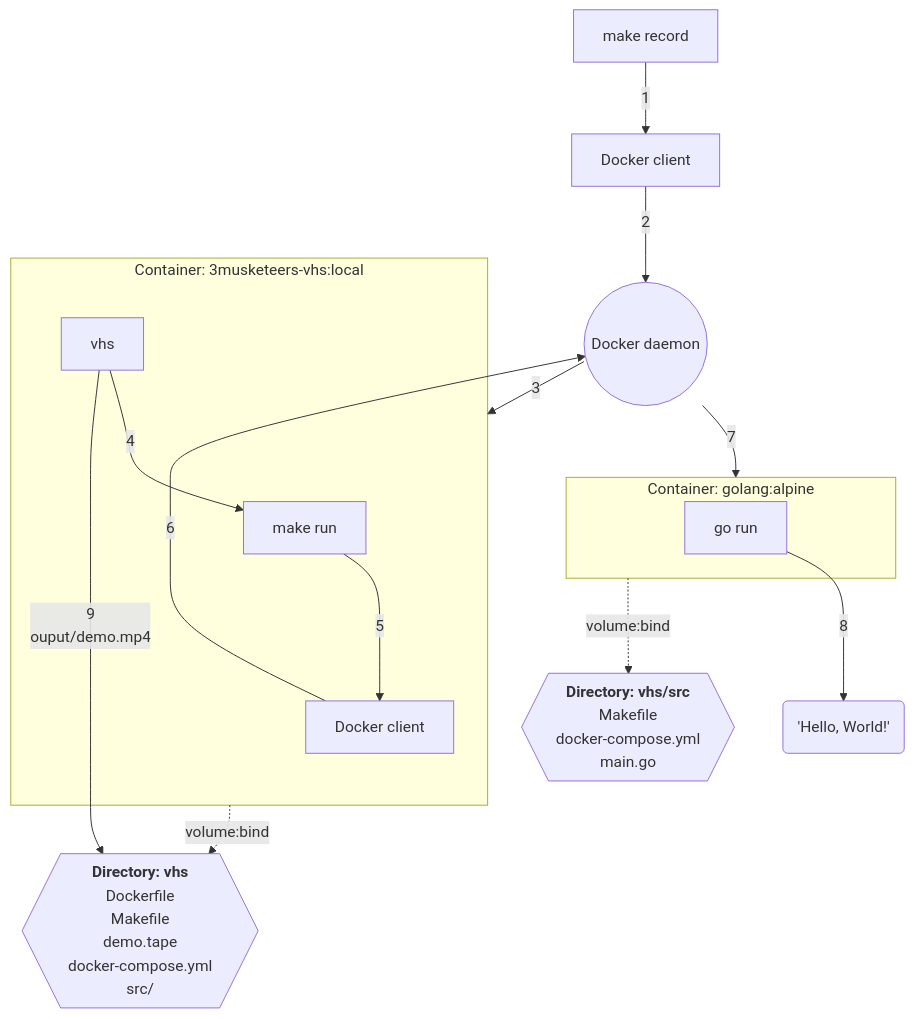
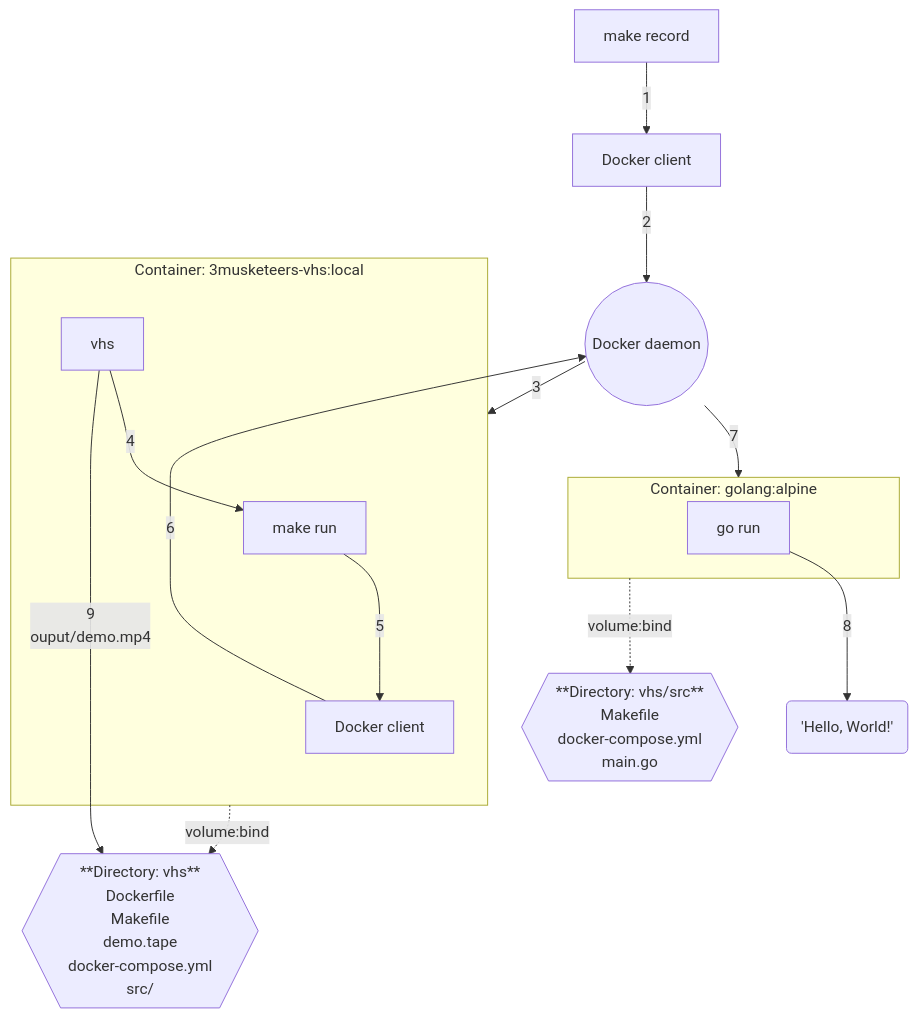
Before and after one commit to flemay/3musketeers: the diagram in vhs/README.md, drawn with Mermaid.

````diff
--- a/vhs/README.md
+++ b/vhs/README.md
@@ -24,29 +24,29 @@
 ```mermaid
 graph TB
     make-record[make record]-->|1|host-docker-client[Docker client]
     host-docker-client-->|2|docker-daemon((Docker daemon))
     subgraph vhs-local-container [Container: 3musketeers-vhs:local]
     vhs-->|4|make-run[make run]
     make-run-->|5|docker-client[Docker client]
     end
     docker-daemon-->|3|vhs-local-container
     docker-client-->|6|docker-daemon
-    dir-vhs{{"`**Directory: vhs**
+    dir-vhs{{"**Directory: vhs**
     Dockerfile
     Makefile
     demo.tape
     docker-compose.yml
-    src/`"}}
+    src/"}}
     vhs-local-container-..->|volume:bind|dir-vhs
     docker-daemon-->|7|golang-alpine-container
     subgraph golang-alpine-container [Container: golang:alpine]
         go-run[go run]
     end
-    dir-vhs-src{{"`**Directory: vhs/src**
+    dir-vhs-src{{"**Directory: vhs/src**
     Makefile
     docker-compose.yml
-    main.go`"}}
+    main.go"}}
     golang-alpine-container-.->|volume:bind|dir-vhs-src
     go-run-->|8|hello-world('Hello, World!')
     vhs-->|9\nouput/demo.mp4|dir-vhs
 ```
````
